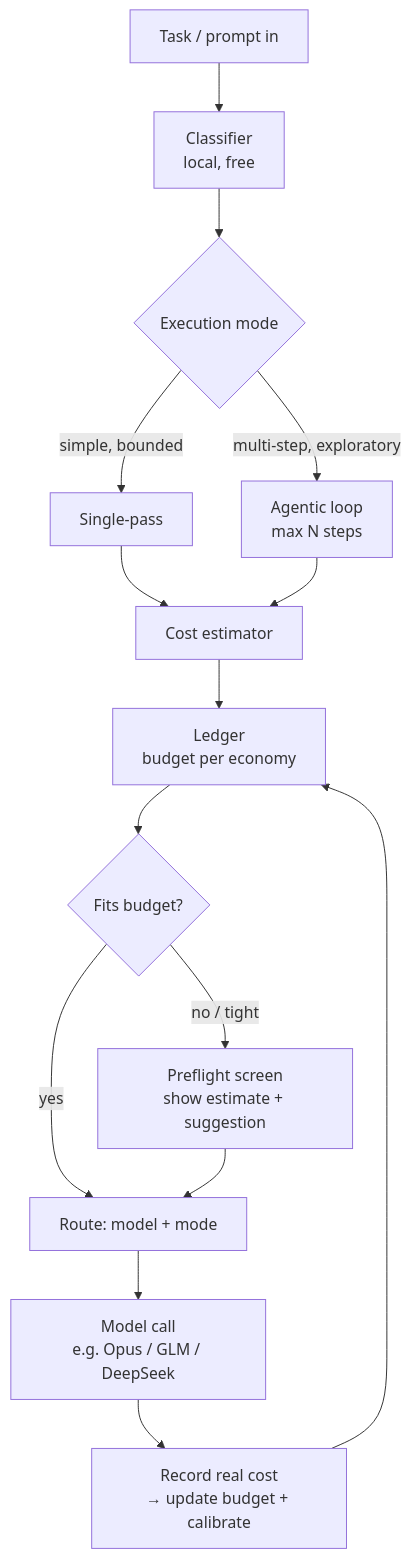
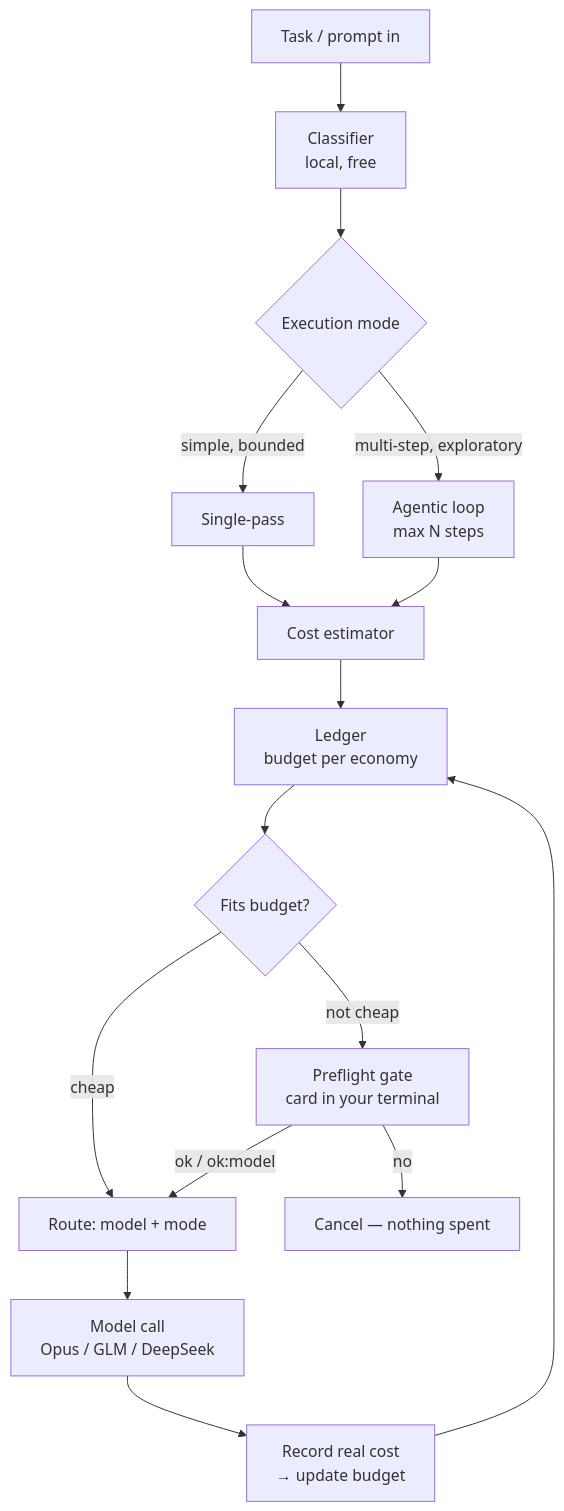
The diagram in README.md (gcardinale/Tare), drawn with Mermaid before and after one commit. The commit also changed other lines of this file and 9 other files, not shown here.

````diff
--- a/README.md
+++ b/README.md
@@ -99,17 +79,18 @@
 ```mermaid
 flowchart TD
     A[Task / prompt in] --> B[Classifier<br/>local, free]
     B --> C{Execution mode}
     C -->|simple, bounded| D[Single-pass]
     C -->|multi-step, exploratory| E[Agentic loop<br/>max N steps]
     D --> F[Cost estimator]
     E --> F
     F --> G[Ledger<br/>budget per economy]
     G --> H{Fits budget?}
-    H -->|yes| I[Route: model + mode]
-    H -->|no / tight| J[Preflight screen<br/>show estimate + suggestion]
-    J --> I
-    I --> K[Model call<br/>e.g. Opus / GLM / DeepSeek]
-    K --> L[Record real cost<br/>→ update budget + calibrate]
+    H -->|cheap| I[Route: model + mode]
+    H -->|not cheap| J[Preflight gate<br/>card in your terminal]
+    J -->|ok / ok:model| I
+    J -->|no| X[Cancel — nothing spent]
+    I --> K[Model call<br/>Opus / GLM / DeepSeek]
+    K --> L[Record real cost<br/>→ update budget]
     L --> G
 ```
````
